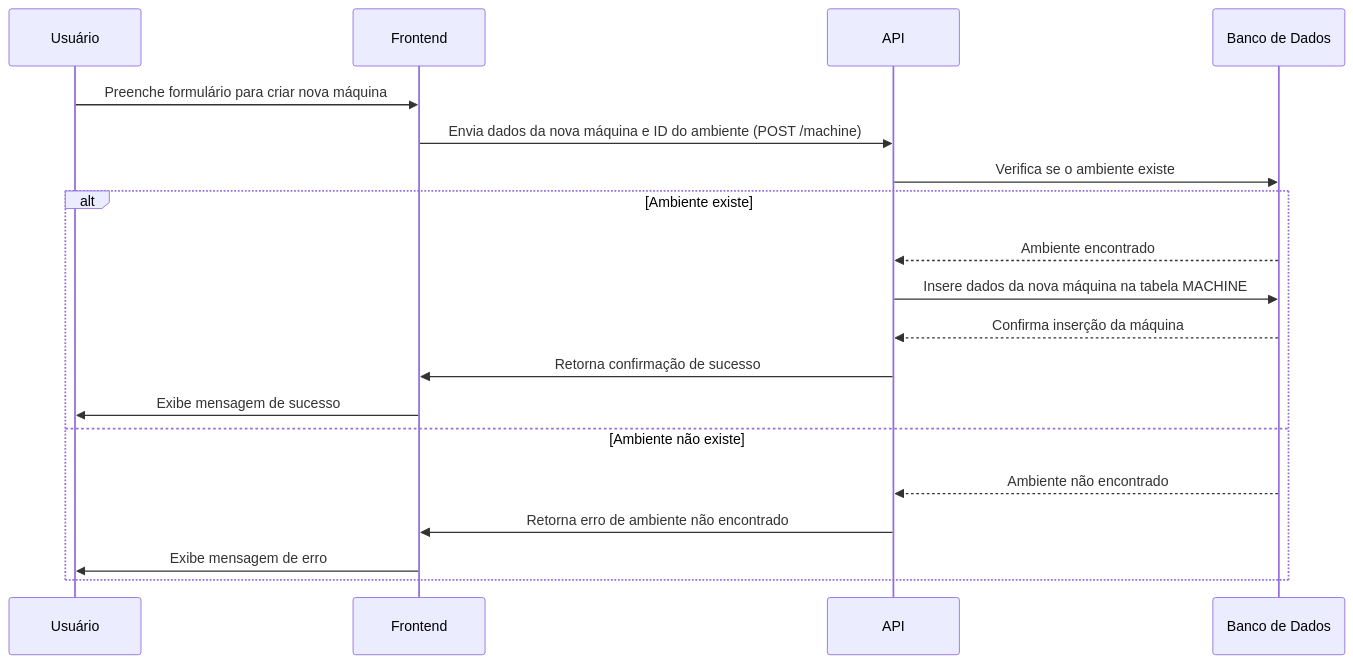
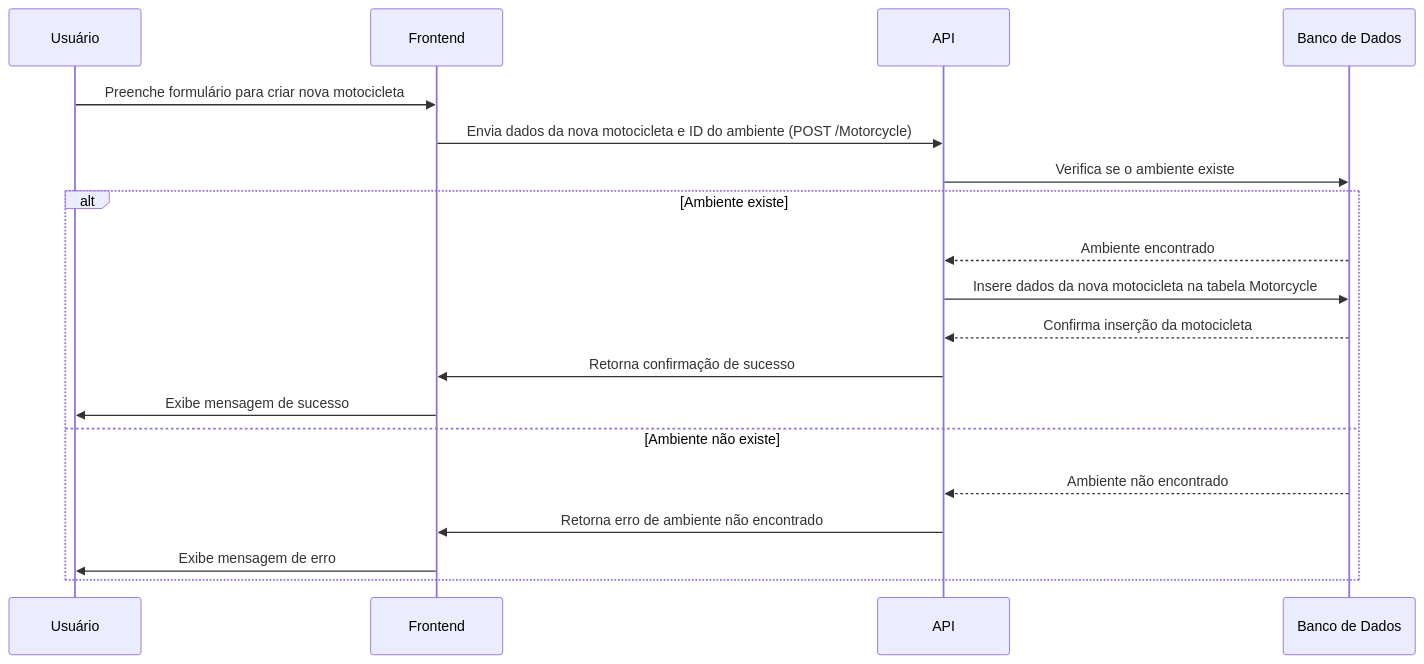
One commit to gabrielcavalcant/maintaner-ads changed the diagram in web/doc/workflows/criar_maquina.md. Above: the diagram before and after it, drawn with Mermaid. The commit also changed 26 other files, not shown here.

Commit message:
refactor: refactor machine to motorcycle

````diff
--- a/web/doc/workflows/criar_maquina.md
+++ b/web/doc/workflows/criar_maquina.md
@@ -1,24 +1,24 @@
 ```mermaid
 sequenceDiagram
     participant U as Usuário
     participant F as Frontend
     participant A as API
     participant D as Banco de Dados
 
-    U->>F: Preenche formulário para criar nova máquina
-    F->>A: Envia dados da nova máquina e ID do ambiente (POST /machine)
+    U->>F: Preenche formulário para criar nova motocicleta
+    F->>A: Envia dados da nova motocicleta e ID do ambiente (POST /Motorcycle)
     A->>D: Verifica se o ambiente existe
     alt Ambiente existe
         D-->>A: Ambiente encontrado
-        A->>D: Insere dados da nova máquina na tabela MACHINE
-        D-->>A: Confirma inserção da máquina
+        A->>D: Insere dados da nova motocicleta na tabela Motorcycle
+        D-->>A: Confirma inserção da motocicleta
         A->>F: Retorna confirmação de sucesso
         F->>U: Exibe mensagem de sucesso
     else Ambiente não existe
         D-->>A: Ambiente não encontrado
         A->>F: Retorna erro de ambiente não encontrado
         F->>U: Exibe mensagem de erro
     end
 
 
 ```
````
